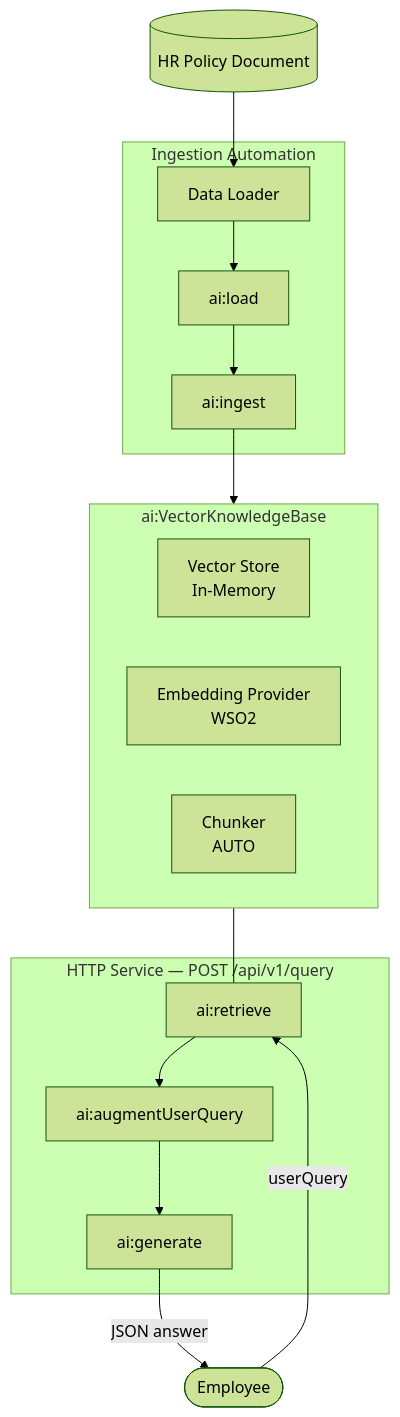
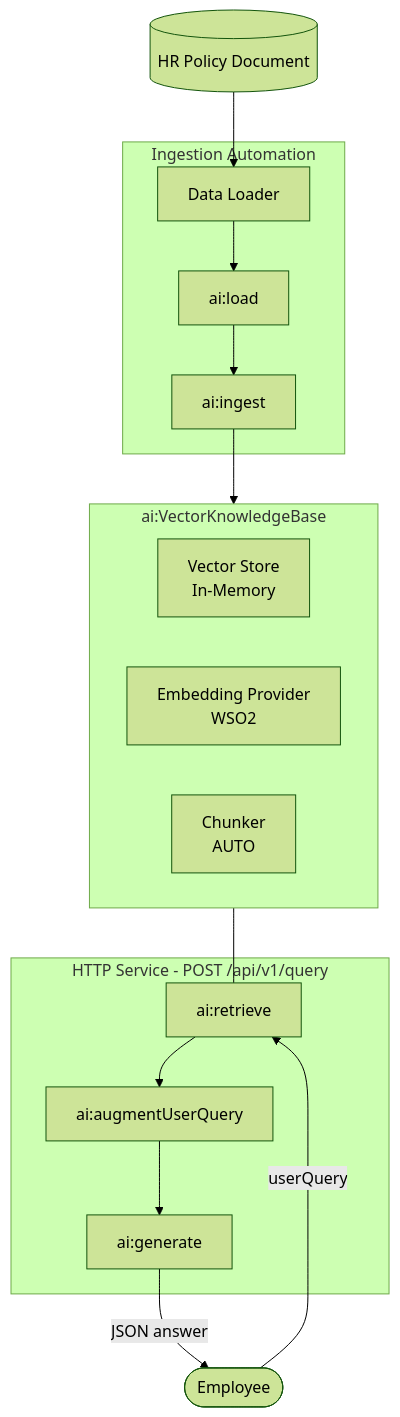
One commit to AmilaSamith/docs-integrator changed the diagram in en/versioned_docs/version-5.0.0/genai/tutorials/building-hr-knowledge-base-rag.md. Above: the diagram before and after it, drawn with Mermaid (forest theme). The commit also changed other lines of this file and 88 other files, not shown here.

````diff
--- a/en/versioned_docs/version-5.0.0/genai/tutorials/building-hr-knowledge-base-rag.md
+++ b/en/versioned_docs/version-5.0.0/genai/tutorials/building-hr-knowledge-base-rag.md
@@ -27,31 +27,31 @@
 ```mermaid
 flowchart TD
     Folder[(HR Policy Document)]
     Employee([Employee])
 
     subgraph Automation["Ingestion Automation"]
         Loader[Data Loader]
         AILoad[ai:load]
         AIIngest[ai:ingest]
         Loader --> AILoad --> AIIngest
     end
 
     subgraph KB["ai:VectorKnowledgeBase"]
         VS[Vector Store<br/>In-Memory]
         EP[Embedding Provider<br/>WSO2]
         CH[Chunker<br/>AUTO]
     end
 
-    subgraph Service["HTTP Service — POST /api/v1/query"]
+    subgraph Service["HTTP Service - POST /api/v1/query"]
         Retrieve[ai:retrieve]
         Augment[ai:augmentUserQuery]
         Generate[ai:generate]
         Retrieve --> Augment --> Generate
     end
 
     Folder --> Loader
     AIIngest --> KB
     KB --- Retrieve
     Employee -->|userQuery| Retrieve
     Generate -->|JSON answer| Employee
 ```
````
